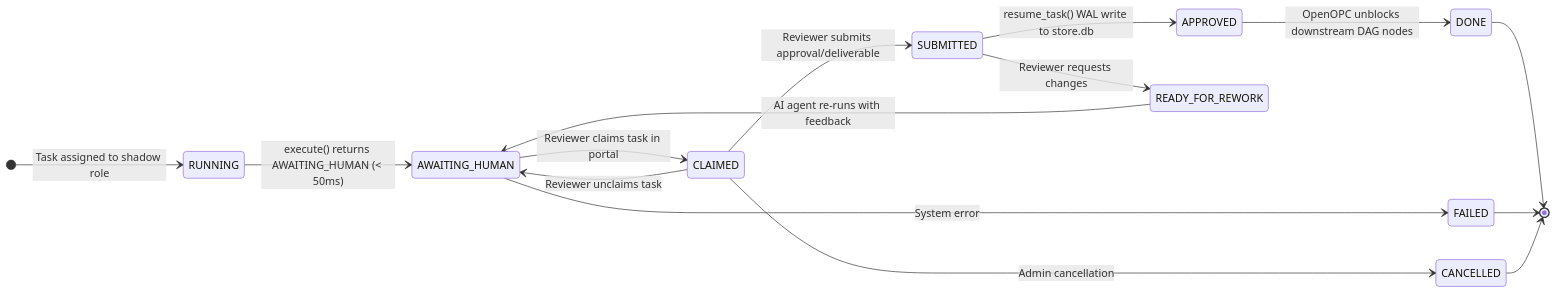
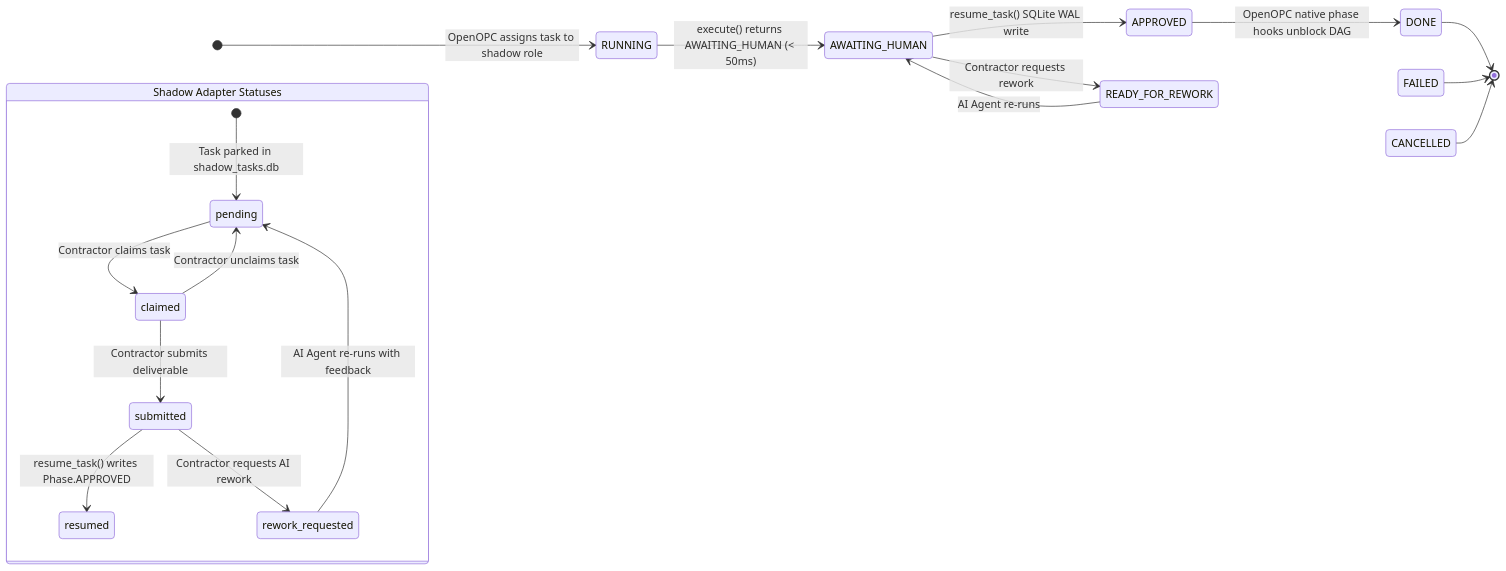
One commit to AhmadHassan-BTed/OpenOPC-Shadow-Adapter changed the fifth of 6 diagrams in README.md. Above: the diagram before and after it, drawn with Mermaid. The commit also changed other lines of this file, not shown here.

Commit message:
docs(readme): beautify all 6 Mermaid diagrams with custom styling and 100% code coherence

````diff
--- a/README.md
+++ b/README.md
@@ -269,21 +304,36 @@
 ```mermaid
 stateDiagram-v2
     direction LR
 
-    [*] --> RUNNING : Task assigned to shadow role
+    classDef opcPhase fill:#4f46e5,color:#fff,stroke:#6366f1,stroke-width:2px;
+    classDef shadowStatus fill:#0284c7,color:#fff,stroke:#38bdf8,stroke-width:2px;
+    classDef finalState fill:#16a34a,color:#fff,stroke:#22c55e,stroke-width:2px;
+    classDef errorState fill:#dc2626,color:#fff,stroke:#ef4444,stroke-width:2px;
+
+    [*] --> RUNNING : OpenOPC assigns task to shadow role
     RUNNING --> AWAITING_HUMAN : execute() returns AWAITING_HUMAN (< 50ms)
-    AWAITING_HUMAN --> CLAIMED : Reviewer claims task in portal
-    CLAIMED --> AWAITING_HUMAN : Reviewer unclaims task
-    CLAIMED --> SUBMITTED : Reviewer submits approval/deliverable
-    SUBMITTED --> APPROVED : resume_task() WAL write to store.db
-    SUBMITTED --> READY_FOR_REWORK : Reviewer requests changes
-    READY_FOR_REWORK --> AWAITING_HUMAN : AI agent re-runs with feedback
-    APPROVED --> DONE : OpenOPC unblocks downstream DAG nodes
+    
+    state "Shadow Adapter Statuses" as ShadowState {
+        [*] --> pending : Task parked in shadow_tasks.db
+        pending --> claimed : Contractor claims task
+        claimed --> pending : Contractor unclaims task
+        claimed --> submitted : Contractor submits deliverable
+        submitted --> resumed : resume_task() writes Phase.APPROVED
+        submitted --> rework_requested : Contractor requests AI rework
+        rework_requested --> pending : AI Agent re-runs with feedback
+    }
 
-    AWAITING_HUMAN --> FAILED : System error
-    CLAIMED --> CANCELLED : Admin cancellation
+    AWAITING_HUMAN --> APPROVED : resume_task() SQLite WAL write
+    AWAITING_HUMAN --> READY_FOR_REWORK : Contractor requests rework
+    READY_FOR_REWORK --> AWAITING_HUMAN : AI Agent re-runs
+    APPROVED --> DONE : OpenOPC native phase hooks unblock DAG
 
     DONE --> [*]
     FAILED --> [*]
     CANCELLED --> [*]
+
+    class RUNNING, AWAITING_HUMAN, APPROVED, READY_FOR_REWORK opcPhase;
+    class pending, claimed, submitted, resumed, rework_requested shadowStatus;
+    class DONE finalState;
+    class FAILED, CANCELLED errorState;
 ```
````
